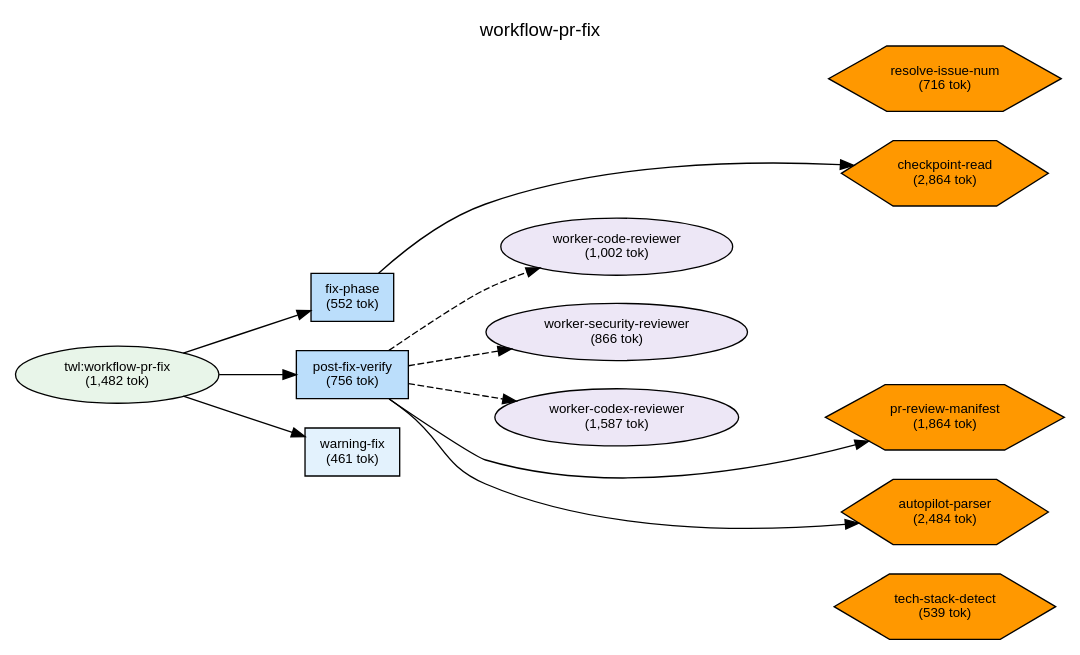
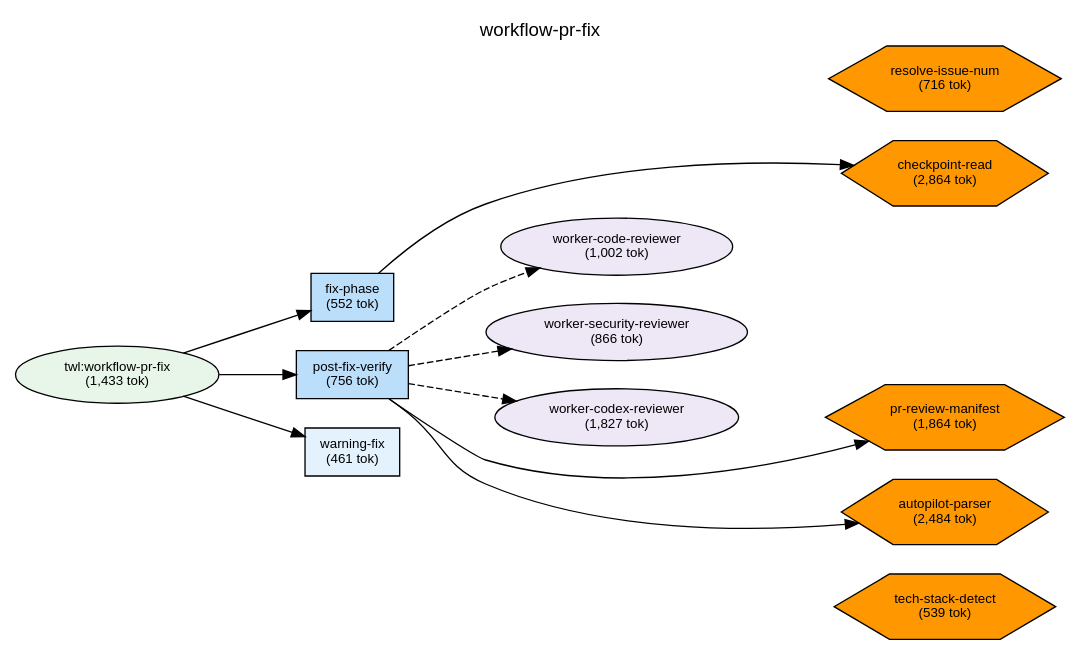
The diagram in plugins/twl/docs/deps-workflow-pr-fix.dot (shuu5/twill), drawn with Graphviz before and after one commit. The commit also changed 29 other files, not shown here.

```diff
--- a/plugins/twl/docs/deps-workflow-pr-fix.dot
+++ b/plugins/twl/docs/deps-workflow-pr-fix.dot
@@ -1,73 +1,73 @@
 digraph Dependencies {
     // Graph settings
     rankdir=LR;
     ranksep=0.8;
     nodesep=0.3;
     fontname="Helvetica";
     node [fontname="Helvetica", fontsize=10];
     edge [fontname="Helvetica", fontsize=9];
     label="workflow-pr-fix";
     labelloc=t;
     fontsize=14;
 
     // L0: Controller Skills
 
     // L0: Launchers
 
     // L0.5: Workflow Skills
-    skill_workflow_pr_fix [label="twl:workflow-pr-fix\n(1,482 tok)", shape=ellipse, style=filled, fillcolor="#e8f5e9"];
+    skill_workflow_pr_fix [label="twl:workflow-pr-fix\n(1,433 tok)", shape=ellipse, style=filled, fillcolor="#e8f5e9"];
 
     // Reference Skills
 
     // L1: Direct Commands
     cmd_post_fix_verify [label="post-fix-verify\n(756 tok)", shape=box, style=filled, fillcolor="#bbdefb"];
     cmd_warning_fix [label="warning-fix\n(461 tok)", shape=box, style=filled, fillcolor="#e3f2fd"];
     cmd_fix_phase [label="fix-phase\n(552 tok)", shape=box, style=filled, fillcolor="#bbdefb"];
 
     // L2: Sub Commands
 
     // L3: Agents
-    agent_worker_codex_reviewer [label="worker-codex-reviewer\n(1,587 tok)", shape=ellipse, style=filled, fillcolor="#ede7f6"];
+    agent_worker_codex_reviewer [label="worker-codex-reviewer\n(1,827 tok)", shape=ellipse, style=filled, fillcolor="#ede7f6"];
     agent_worker_code_reviewer [label="worker-code-reviewer\n(1,002 tok)", shape=ellipse, style=filled, fillcolor="#ede7f6"];
     agent_worker_security_reviewer [label="worker-security-reviewer\n(866 tok)", shape=ellipse, style=filled, fillcolor="#ede7f6"];
 
     // L3.5: Scripts
     script_tech_stack_detect [label="tech-stack-detect\n(539 tok)", shape=hexagon, style=filled, fillcolor="#FF9800"];
     script_autopilot_parser [label="autopilot-parser\n(2,484 tok)", shape=hexagon, style=filled, fillcolor="#FF9800"];
     script_resolve_issue_num [label="resolve-issue-num\n(716 tok)", shape=hexagon, style=filled, fillcolor="#FF9800"];
     script_pr_review_manifest [label="pr-review-manifest\n(1,864 tok)", shape=hexagon, style=filled, fillcolor="#FF9800"];
     script_checkpoint_read [label="checkpoint-read\n(2,864 tok)", shape=hexagon, style=filled, fillcolor="#FF9800"];
 
     // L4: External
 
     // Layer constraints
     { rank=same; skill_workflow_pr_fix; }
     { rank=same; cmd_post_fix_verify; cmd_warning_fix; cmd_fix_phase; }
     { rank=same; agent_worker_codex_reviewer; agent_worker_code_reviewer; agent_worker_security_reviewer; }
     { rank=same; script_tech_stack_detect; script_autopilot_parser; script_resolve_issue_num; script_pr_review_manifest; script_checkpoint_read; }
 
     // Edges
     skill_workflow_pr_fix -> cmd_fix_phase;
     skill_workflow_pr_fix -> cmd_post_fix_verify;
     skill_workflow_pr_fix -> cmd_warning_fix;
     cmd_post_fix_verify -> agent_worker_code_reviewer [style=dashed];
     cmd_post_fix_verify -> agent_worker_security_reviewer [style=dashed];
     cmd_post_fix_verify -> agent_worker_codex_reviewer [style=dashed];
     cmd_post_fix_verify -> script_pr_review_manifest;
     cmd_post_fix_verify -> script_autopilot_parser;
     cmd_fix_phase -> script_checkpoint_read;
 
     // Ordering constraints (invisible edges)
     cmd_fix_phase -> cmd_post_fix_verify [style=invis, weight=10];
     cmd_post_fix_verify -> cmd_warning_fix [style=invis, weight=10];
     agent_worker_code_reviewer -> agent_worker_security_reviewer [style=invis, weight=10];
     agent_worker_security_reviewer -> agent_worker_codex_reviewer [style=invis, weight=10];
     agent_worker_codex_reviewer -> script_pr_review_manifest [style=invis, weight=10];
     script_pr_review_manifest -> script_autopilot_parser [style=invis, weight=10];
     script_autopilot_parser -> script_tech_stack_detect [style=invis, weight=10];
     agent_worker_code_reviewer -> agent_worker_security_reviewer [style=invis, weight=10];
     script_pr_review_manifest -> script_autopilot_parser [style=invis, weight=10];
     script_autopilot_parser -> script_tech_stack_detect [style=invis, weight=10];
     agent_worker_code_reviewer -> agent_worker_security_reviewer [style=invis, weight=10];
 
 }
```
